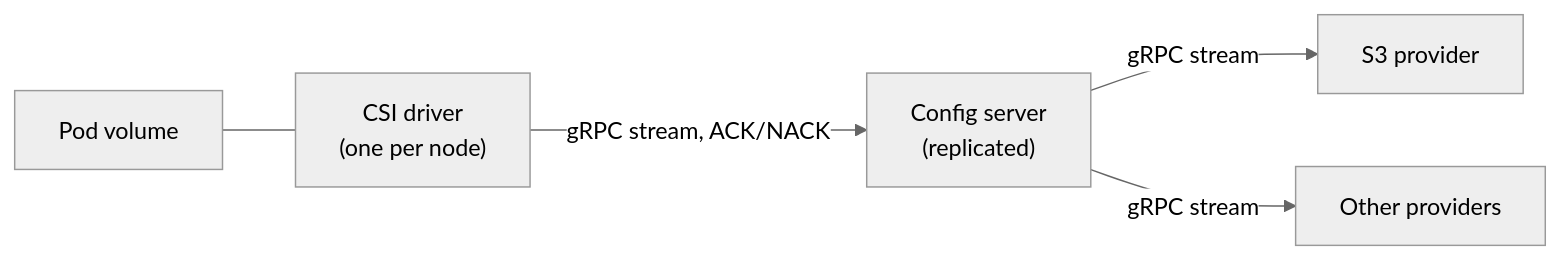
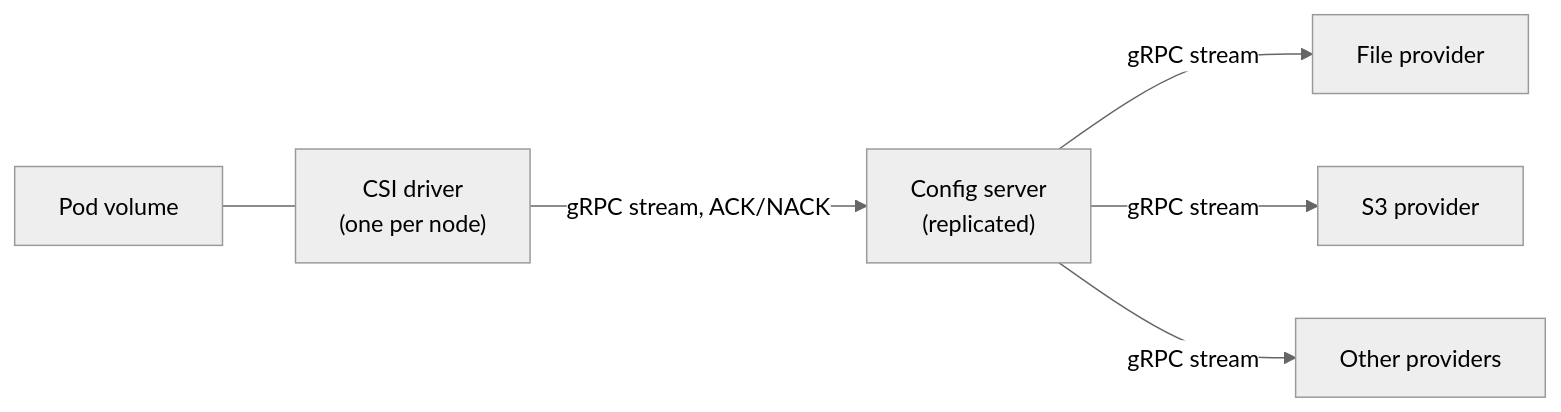
Before and after one commit to bpalermo/chandler: the diagram in README.md, drawn with Mermaid (neutral theme). The commit also changed other lines of this file and 2 other files, not shown here.

````diff
--- a/README.md
+++ b/README.md
@@ -15,7 +9,8 @@
 ```mermaid
 flowchart LR
   pod["Pod volume"] --- driver["CSI driver<br/>(one per node)"]
   driver -- "gRPC stream, ACK/NACK" --> server["Config server<br/>(replicated)"]
+  server -- "gRPC stream" --> file["File provider"]
   server -- "gRPC stream" --> s3["S3 provider"]
   server -- "gRPC stream" --> other["Other providers"]
 ```
````
